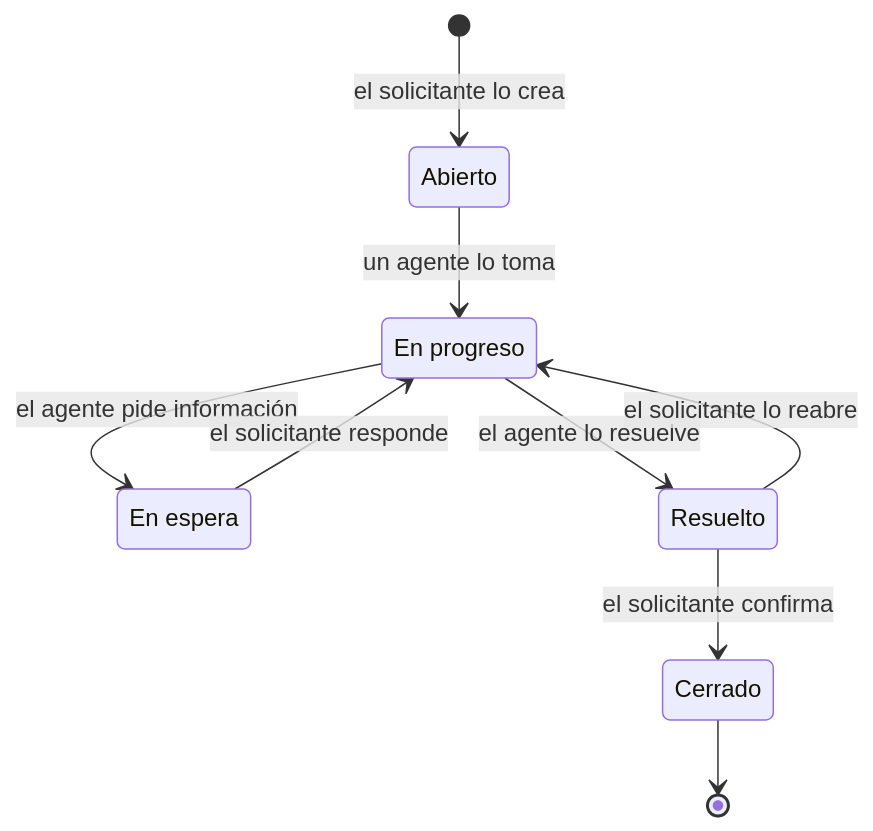
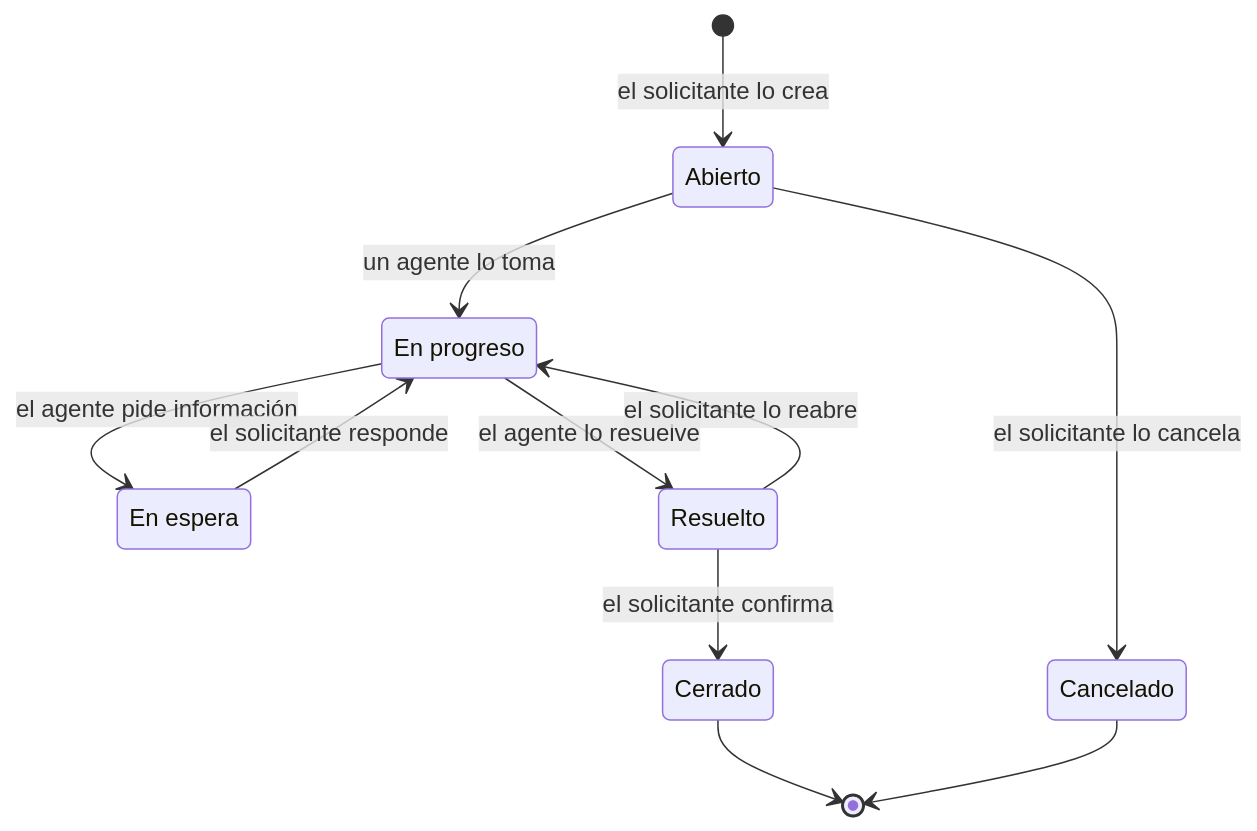
One commit to sebastianms/droidesk changed the second of 2 diagrams in specs/mission.md. Above: the diagram before and after it, drawn with Mermaid. The commit also changed other lines of this file and 21 other files, not shown here.

````diff
--- a/specs/mission.md
+++ b/specs/mission.md
@@ -44,16 +44,19 @@
 ```mermaid
 stateDiagram-v2
   state "Abierto" as OPEN
   state "En progreso" as IN_PROGRESS
   state "En espera" as ON_HOLD
   state "Resuelto" as RESOLVED
   state "Cerrado" as CLOSED
+  state "Cancelado" as CANCELLED
   [*] --> OPEN: el solicitante lo crea
+  OPEN --> CANCELLED: el solicitante lo cancela
   OPEN --> IN_PROGRESS: un agente lo toma
   IN_PROGRESS --> ON_HOLD: el agente pide información
   ON_HOLD --> IN_PROGRESS: el solicitante responde
   IN_PROGRESS --> RESOLVED: el agente lo resuelve
   RESOLVED --> CLOSED: el solicitante confirma
   RESOLVED --> IN_PROGRESS: el solicitante lo reabre
   CLOSED --> [*]
+  CANCELLED --> [*]
 ```
````
